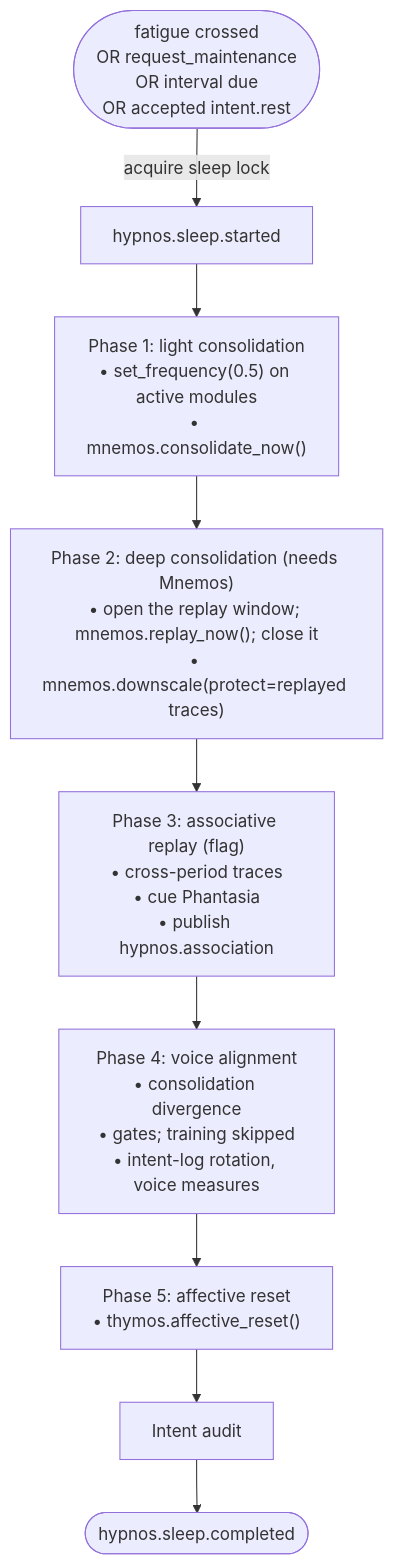
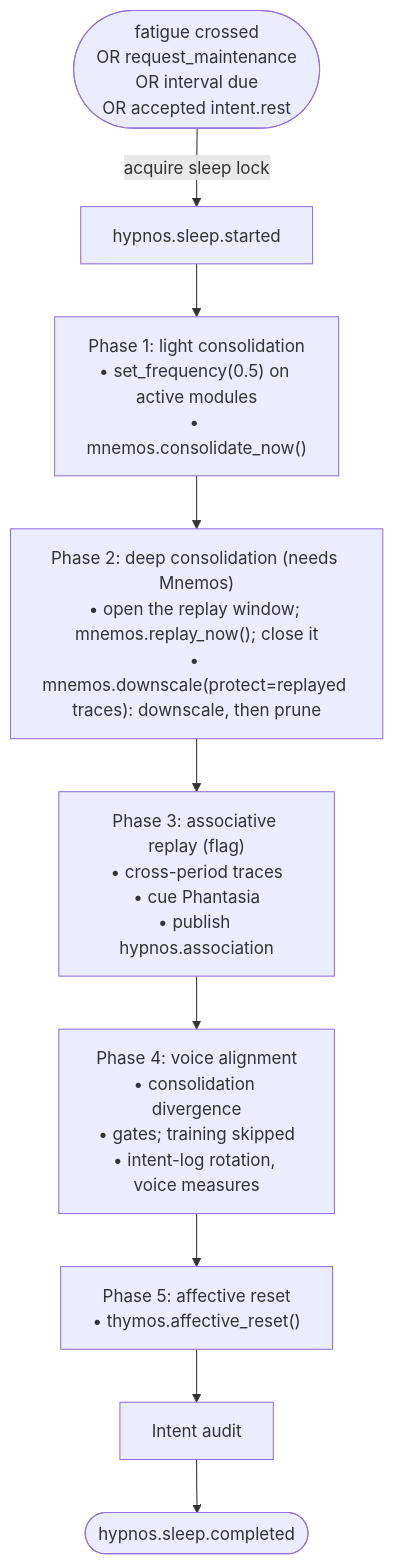
The diagram in docs/09-modules/hypnos.md (kaineone/kaine), drawn with Mermaid before and after one commit. The commit also changed 20 other files, not shown here.

````diff
--- a/docs/09-modules/hypnos.md
+++ b/docs/09-modules/hypnos.md
@@ -46,16 +46,16 @@
 ```mermaid
 flowchart TD
     S([fatigue crossed\nOR request_maintenance\nOR interval due\nOR accepted intent.rest]) -->|acquire sleep lock| ST[hypnos.sleep.started]
     ST --> P1
     P1["Phase 1: light consolidation\n• set_frequency(0.5) on active modules\n• mnemos.consolidate_now()"]
     P1 --> P2
-    P2["Phase 2: deep consolidation (needs Mnemos)\n• open the replay window; mnemos.replay_now(); close it\n• mnemos.downscale(protect=replayed traces)"]
+    P2["Phase 2: deep consolidation (needs Mnemos)\n• open the replay window; mnemos.replay_now(); close it\n• mnemos.downscale(protect=replayed traces): downscale, then prune"]
     P2 --> P3
     P3["Phase 3: associative replay (flag)\n• cross-period traces\n• cue Phantasia\n• publish hypnos.association"]
     P3 --> P4
     P4["Phase 4: voice alignment\n• consolidation divergence\n• gates; training skipped\n• intent-log rotation, voice measures"]
     P4 --> P5
     P5["Phase 5: affective reset\n• thymos.affective_reset()"]
     P5 --> R[Intent audit]
     R --> E([hypnos.sleep.completed])
 ```
````
